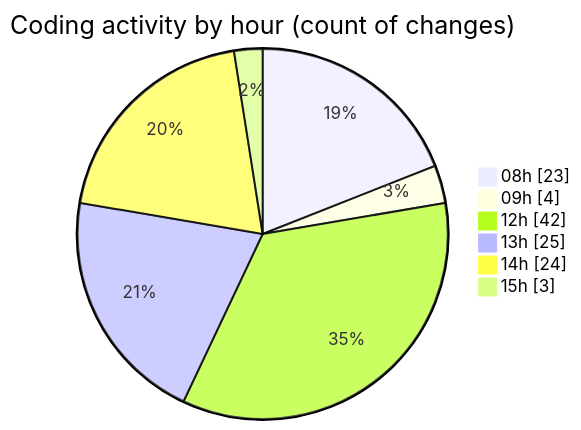
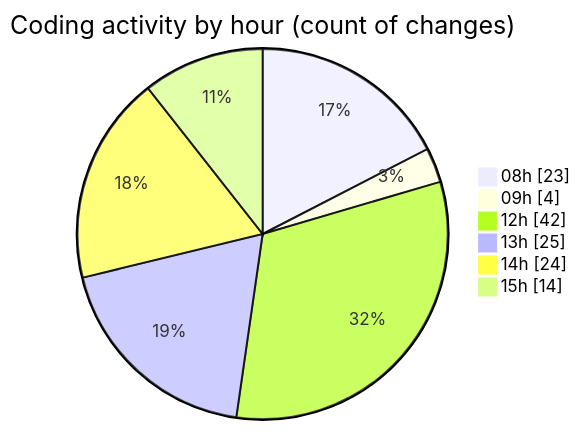
Before and after one commit to momahboobian/code-tracking: the second of 2 diagrams in 2026-06-02/cda/README.md, drawn with Mermaid. The commit also changed other lines of this file and 1 other file, not shown here.

````diff
--- a/2026-06-02/cda/README.md
+++ b/2026-06-02/cda/README.md
@@ -81,10 +84,10 @@
 ```mermaid
 pie showData
 title Coding activity by hour (count of changes)
 "08h" : 23
 "09h" : 4
 "12h" : 42
 "13h" : 25
 "14h" : 24
-"15h" : 3
+"15h" : 14
 ```
````
